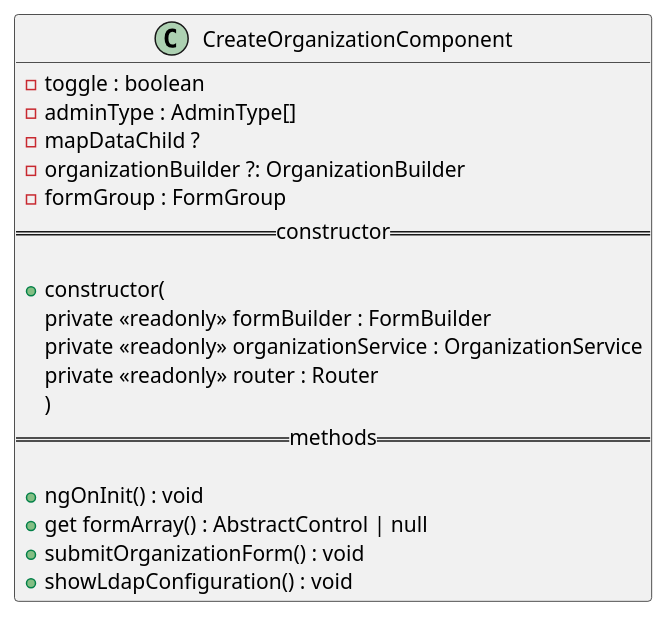
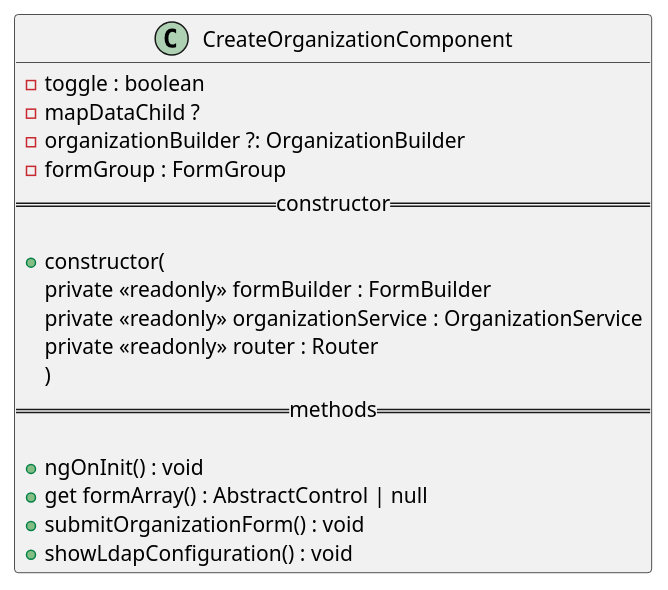
The diagram in docs/diagrams/view/routes/CreateOrganizationComponent.pu (GruppOne/stalker-web-app), drawn with PlantUML before and after one commit. The commit also changed 5 other files, not shown here.

Commit message:
docs: update class diagrams

```diff
--- a/docs/diagrams/view/routes/CreateOrganizationComponent.pu
+++ b/docs/diagrams/view/routes/CreateOrganizationComponent.pu
@@ -1,22 +1,21 @@
 @startuml CreateOrganizationComponent diagram
 class CreateOrganizationComponent {
   - toggle : boolean
-  - adminType : AdminType[]
   - mapDataChild ?
   - organizationBuilder ?: OrganizationBuilder
   - formGroup : FormGroup
   ==constructor==
 
   + constructor(
     private <<readonly>> formBuilder : FormBuilder
     private <<readonly>> organizationService : OrganizationService
     private <<readonly>> router : Router
   )
   ==methods==
 
   + ngOnInit() : void
   + get formArray() : AbstractControl | null
   + submitOrganizationForm() : void
   + showLdapConfiguration() : void
 }
 @enduml
```
